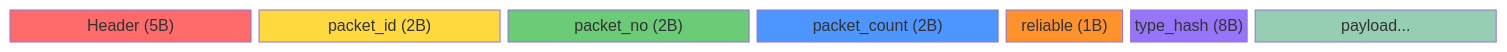
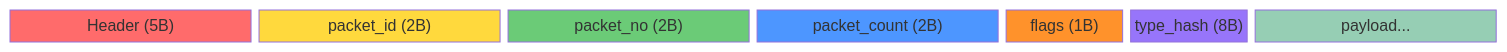
One commit to Fastcode/NUClear changed the sixth of 12 diagrams in docs/explanation/nuclearnet.md. Above: the diagram before and after it, drawn with Mermaid. The commit also changed other lines of this file and 3 other files, not shown here.

````diff
--- a/docs/explanation/nuclearnet.md
+++ b/docs/explanation/nuclearnet.md
@@ -158,13 +215,13 @@
 ```mermaid
 block-beta
     columns 12
-    hdr["Header (5B)"]:2 pid["packet_id (2B)"]:2 pno["packet_no (2B)"]:2 pcnt["packet_count (2B)"]:2 rel["reliable (1B)"]:1 hash["type_hash (8B)"]:1 data["payload..."]:2
+    hdr["Header (5B)"]:2 pid["packet_id (2B)"]:2 pno["packet_no (2B)"]:2 pcnt["packet_count (2B)"]:2 flags["flags (1B)"]:1 hash["type_hash (8B)"]:1 data["payload..."]:2
 
     style hdr fill:#ff6b6b,color:#fff
     style pid fill:#ffd93d,color:#333
     style pno fill:#6bcb77,color:#fff
     style pcnt fill:#4d96ff,color:#fff
-    style rel fill:#ff922b,color:#fff
+    style flags fill:#ff922b,color:#fff
     style hash fill:#9775fa,color:#fff
     style data fill:#96ceb4,color:#fff
 ```
````
